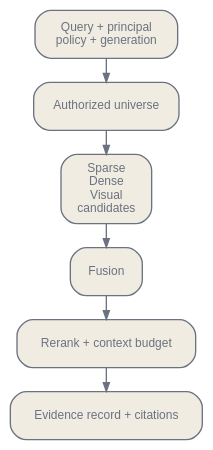
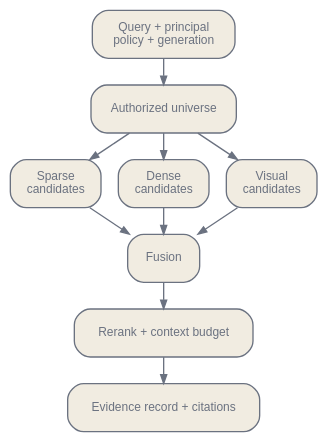
The third of 3 diagrams in en/practice/06-retrieval-and-documents.qmd (latere-ai/ai-as-an-infrastructure), drawn with Graphviz before and after one commit. The commit also changed other lines of this file and 1 other file, not shown here.

````diff
--- a/en/practice/06-retrieval-and-documents.qmd
+++ b/en/practice/06-retrieval-and-documents.qmd
@@ -231,20 +244,26 @@
 ```{dot}
 //| label: fig-retrieval-query
 //| fig-cap: "The query path builds candidates only from the authorized universe and records every later decision."
 digraph {
   bgcolor="transparent";
   rankdir=TB;
-  graph [nodesep=0.18, ranksep=0.25];
+  graph [nodesep=0.18, ranksep=0.28];
   node [shape=box, style="rounded,filled", fontname="Helvetica", fontsize=9,
         color="#6b7280", fontcolor="#6b7280", fillcolor="#f1ece1",
         penwidth=1.0, margin="0.12,0.08"];
   edge [color="#6b7280", arrowsize=0.65];
   Q [label="Query + principal\npolicy + generation"];
   U [label="Authorized universe"];
-  C [label="Sparse\nDense\nVisual\ncandidates"];
+  CS [label="Sparse\ncandidates"];
+  CD [label="Dense\ncandidates"];
+  CV [label="Visual\ncandidates"];
   F [label="Fusion"];
   R [label="Rerank + context budget"];
   E [label="Evidence record + citations"];
-  Q -> U -> C -> F -> R -> E;
+  { rank=same; CS; CD; CV; }
+  Q -> U;
+  U -> CS; U -> CD; U -> CV;
+  CS -> F; CD -> F; CV -> F;
+  F -> R -> E;
 }
 ```
````
